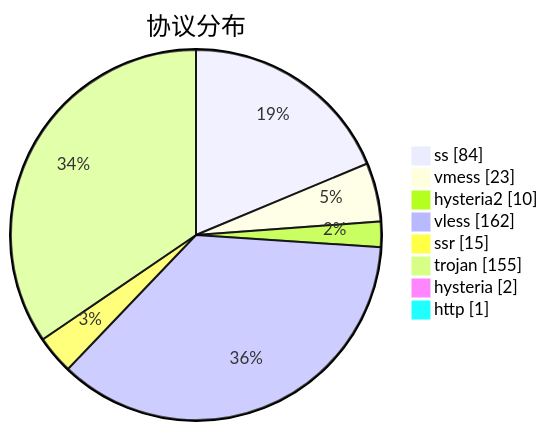
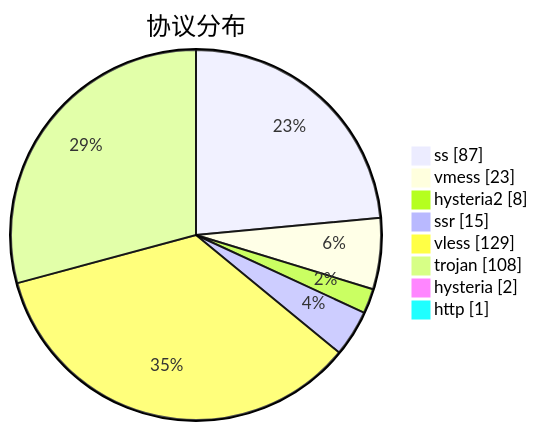
The third of 3 diagrams in subs/statistics/tested_within.md (sinspired/airport), drawn with Mermaid before and after one commit. The commit also changed other lines of this file and 2 other files, not shown here.

````diff
--- a/subs/statistics/tested_within.md
+++ b/subs/statistics/tested_within.md
@@ -65,12 +64,12 @@
 ```mermaid
 pie showData
 title 协议分布
-"ss" : 84
+"ss" : 87
 "vmess" : 23
-"hysteria2" : 10
-"vless" : 162
+"hysteria2" : 8
 "ssr" : 15
-"trojan" : 155
+"vless" : 129
+"trojan" : 108
 "hysteria" : 2
 "http" : 1
 ```
````
